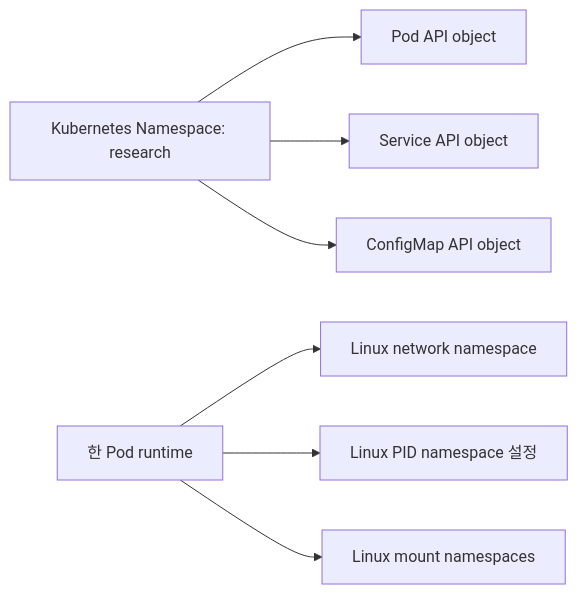
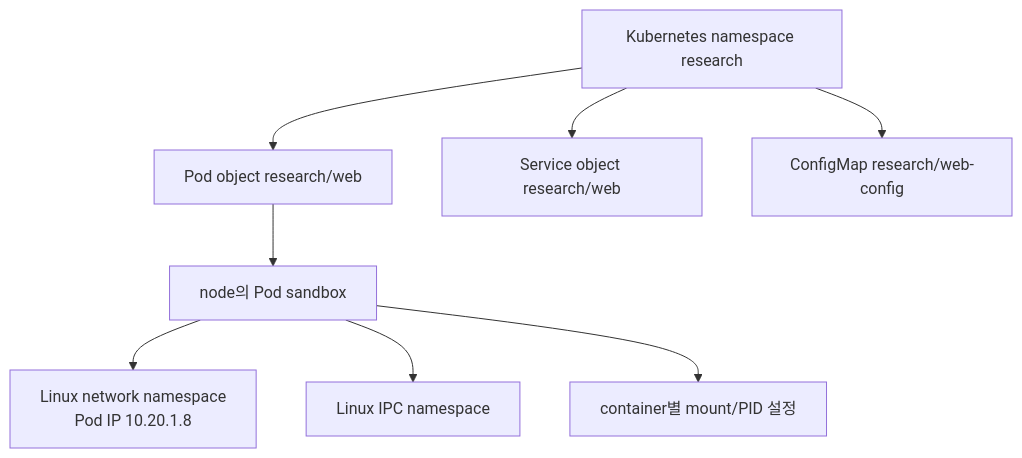
One commit to mj006648/netai-devsecops-runbook changed the second of 2 diagrams in learning/kubernetes/03-pods-and-namespaces.md. Above: the diagram before and after it, drawn with Mermaid. The commit also changed other lines of this file and 165 other files, not shown here.

````diff
--- a/learning/kubernetes/03-pods-and-namespaces.md
+++ b/learning/kubernetes/03-pods-and-namespaces.md
@@ -128,9 +129,10 @@
 ```mermaid
-flowchart LR
-    K["Kubernetes Namespace: research"] --> O1["Pod API object"]
-    K --> O2["Service API object"]
-    K --> O3["ConfigMap API object"]
-    P["한 Pod runtime"] --> L1["Linux network namespace"]
-    P --> L2["Linux PID namespace 설정"]
-    P --> L3["Linux mount namespaces"]
+flowchart TB
+    NS["Kubernetes namespace research"] --> POBJ["Pod object research/web"]
+    NS --> SOBJ["Service object research/web"]
+    NS --> CM["ConfigMap research/web-config"]
+    POBJ --> SANDBOX["node의 Pod sandbox"]
+    SANDBOX --> NET["Linux network namespace\nPod IP 10.20.1.8"]
+    SANDBOX --> IPC["Linux IPC namespace"]
+    SANDBOX --> CT["container별 mount/PID 설정"]
 ```
````
